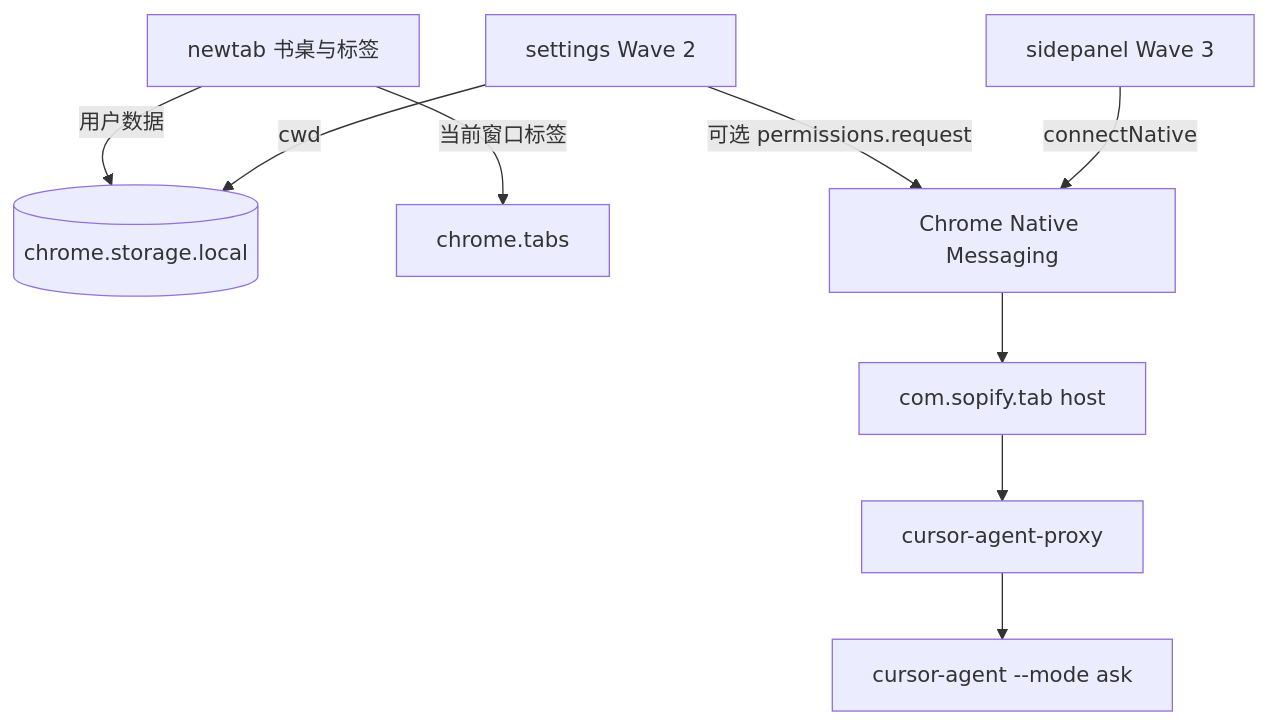
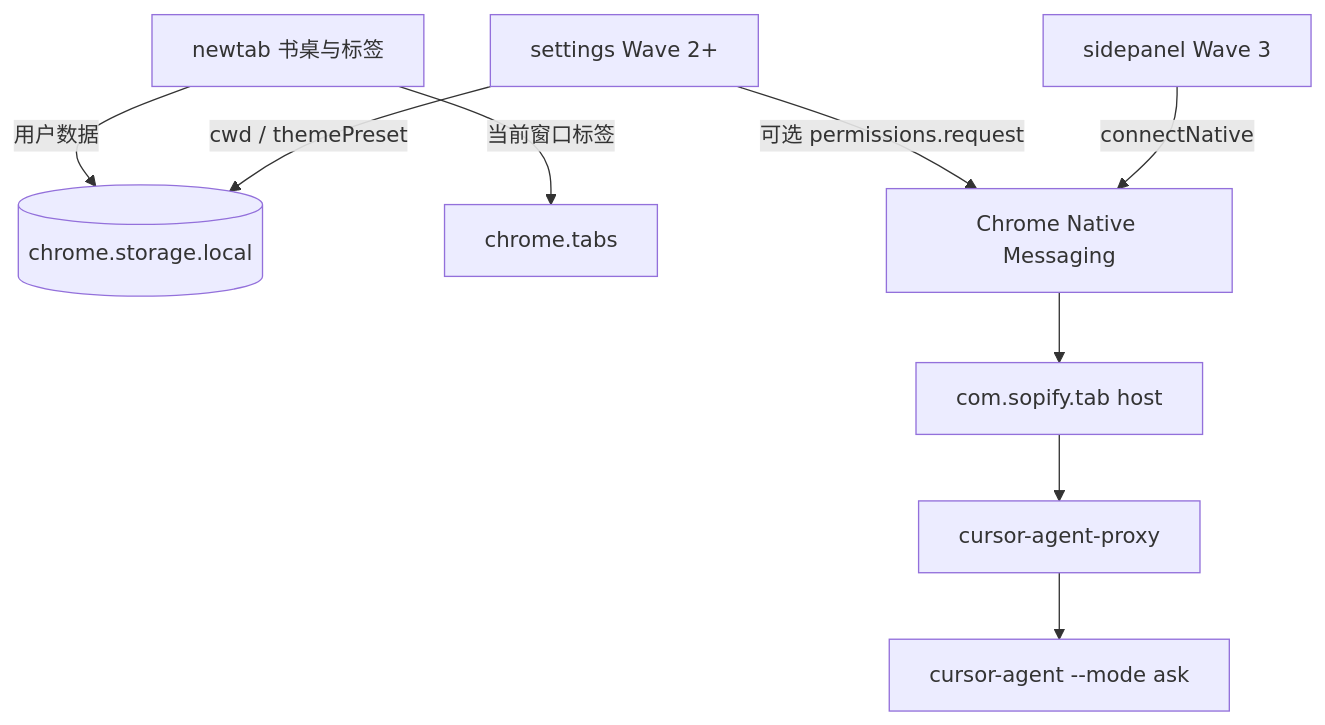
The diagram in .sopify/plan/20260903_sopify_tab/design.md (Li-Sanze/sopify-tab), drawn with Mermaid before and after one commit. The commit also changed other lines of this file and 15 other files, not shown here.

````diff
--- a/.sopify/plan/20260903_sopify_tab/design.md
+++ b/.sopify/plan/20260903_sopify_tab/design.md
@@ -17,12 +17,12 @@
 ```mermaid
 flowchart TD
   NTP[newtab 书桌与标签]
   NTP -->|用户数据| ST[(chrome.storage.local)]
   NTP -->|当前窗口标签| TABS[chrome.tabs]
-  SET[settings Wave 2] -->|cwd| ST
+  SET[settings Wave 2+] -->|cwd / themePreset| ST
   SET -->|可选 permissions.request| NM[Chrome Native Messaging]
   SP[sidepanel Wave 3] -->|connectNative| NM
   NM --> HOST[com.sopify.tab host]
   HOST --> PROXY[cursor-agent-proxy]
   PROXY --> CLI[cursor-agent --mode ask]
 ```
````
